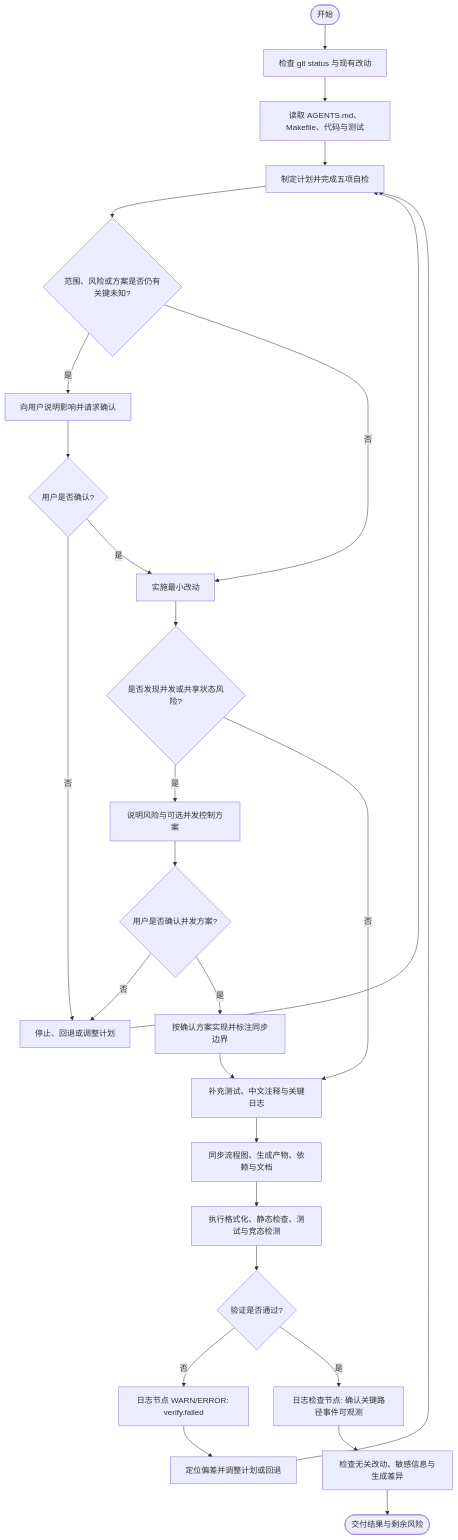
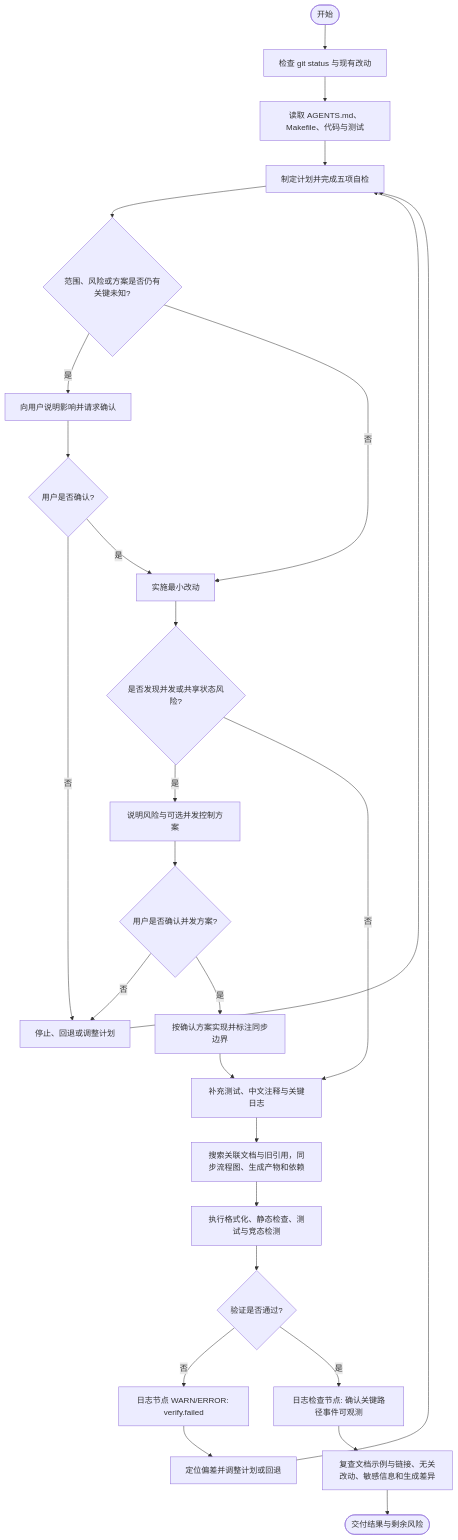
The diagram in AGENTS.md (jaggerzhuang1994/kratos-foundation), drawn with Mermaid before and after one commit. The commit also changed other lines of this file and 30 other files, not shown here.

````diff
--- a/AGENTS.md
+++ b/AGENTS.md
@@ -428,29 +442,29 @@
 ```mermaid
 flowchart TD
     A([开始]) --> B[检查 git status 与现有改动]
     B --> C[读取 AGENTS.md、Makefile、代码与测试]
 C --> D[制定计划并完成五项自检]
 D --> E{范围、风险或方案是否仍有关键未知?}
 E -- 是 --> F[向用户说明影响并请求确认]
 F --> G{用户是否确认?}
 G -- 否 --> H[停止、回退或调整计划]
 H --> D
 G -- 是 --> I
 E -- 否 --> I[实施最小改动]
 I --> J{是否发现并发或共享状态风险?}
 J -- 是 --> K[说明风险与可选并发控制方案]
 K --> L{用户是否确认并发方案?}
 L -- 否 --> H
 L -- 是 --> M[按确认方案实现并标注同步边界]
 J -- 否 --> N
 M --> N[补充测试、中文注释与关键日志]
-N --> O[同步流程图、生成产物、依赖与文档]
+N --> O[搜索关联文档与旧引用，同步流程图、生成产物和依赖]
 O --> P[执行格式化、静态检查、测试与竞态检测]
 P --> Q{验证是否通过?}
 Q -- 否 --> R[日志节点 WARN/ERROR: verify.failed]
 R --> S[定位偏差并调整计划或回退]
 S --> D
 Q -- 是 --> T[日志检查节点: 确认关键路径事件可观测]
-T --> U[检查无关改动、敏感信息与生成差异]
+T --> U[复查文档示例与链接、无关改动、敏感信息和生成差异]
 U --> V([交付结果与剩余风险])
 ```
````
